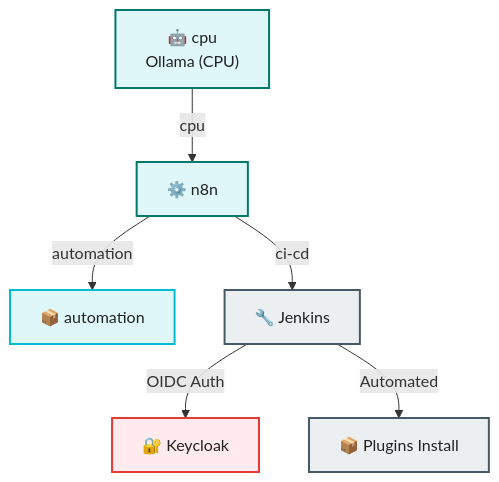
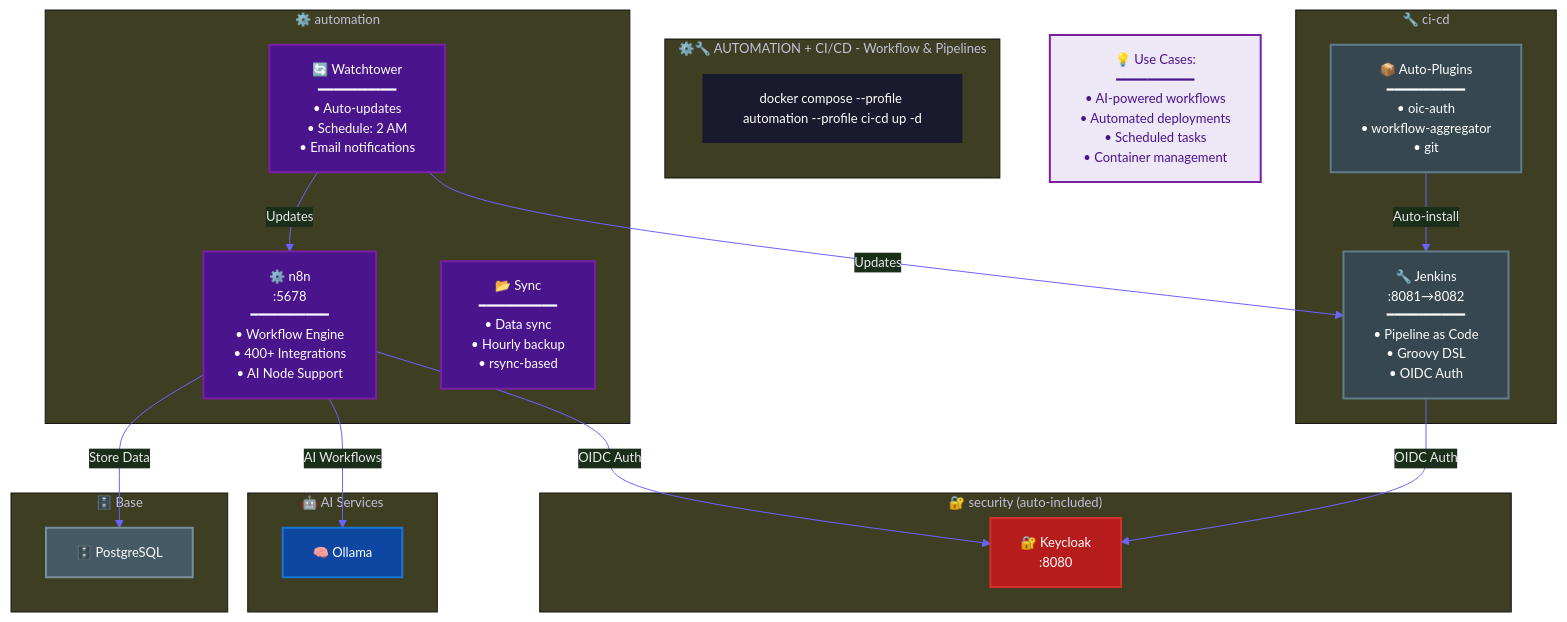
Before and after one commit to emujicad/my-selfhosted-ai-kit: the diagram in diagrams_mmd/automation_cicd_stack.mmd, drawn with Mermaid. The commit also changed 23 other files, not shown here.

First line of the commit message:
docs(diagrams): regenerate PNGs with documented parameters and improve instructions

```diff
--- a/diagrams_mmd/automation_cicd_stack.mmd
+++ b/diagrams_mmd/automation_cicd_stack.mmd
@@ -1,18 +1,60 @@
-flowchart TD
-    CPU["🤖 cpu\nOllama (CPU)"] -- cpu --> N8N["⚙️ n8n"]
-    N8N -- automation --> AUTO["📦 automation"]
-    N8N -- ci-cd --> CICD["🔧 Jenkins"]
-    CICD -- "OIDC Auth" --> KC["🔐 Keycloak"]
-    CICD -- "Automated" --> PLUG["📦 Plugins Install"]
+%%{init: {'theme':'base', 'themeVariables': { 'primaryColor':'#1a1a2e', 'primaryTextColor':'#eaeaea', 'primaryBorderColor':'#4a4a6a', 'lineColor':'#6c63ff', 'fontSize':'13px', 'fontFamily':'Inter, Segoe UI, sans-serif'}}}%%
+graph TB
+    subgraph TITLE ["⚙️🔧 AUTOMATION + CI/CD - Workflow & Pipelines"]
+        direction LR
+        CMD["docker compose --profile automation --profile ci-cd up -d"]
+    end
     
-    classDef ia fill:#e0f7fa,stroke:#00796b,stroke-width:2px,color:#222;
-    classDef automation fill:#e0f7fa,stroke:#00bcd4,stroke-width:2px,color:#222;
-    classDef cicd fill:#eceff1,stroke:#455a64,stroke-width:2px,color:#222;
-    classDef security fill:#ffebee,stroke:#e53935,stroke-width:2px,color:#222;
+    subgraph AUTOMATION ["⚙️ automation"]
+        N8N["⚙️ n8n<br/>:5678<br/>━━━━━━━━━━<br/>• Workflow Engine<br/>• 400+ Integrations<br/>• AI Node Support"]
+        WATCH["🔄 Watchtower<br/>━━━━━━━━━━<br/>• Auto-updates<br/>• Schedule: 2 AM<br/>• Email notifications"]
+        SYNC["📂 Sync<br/>━━━━━━━━━━<br/>• Data sync<br/>• Hourly backup<br/>• rsync-based"]
+    end
     
-    class CPU ia;
-    class N8N ia;
-    class AUTO automation;
-    class CICD cicd;
-    class KC security;
-    class PLUG cicd; 
+    subgraph CICD ["🔧 ci-cd"]
+        JENKINS["🔧 Jenkins<br/>:8081→8082<br/>━━━━━━━━━━<br/>• Pipeline as Code<br/>• Groovy DSL<br/>• OIDC Auth"]
+        PLUGINS["📦 Auto-Plugins<br/>━━━━━━━━━━<br/>• oic-auth<br/>• workflow-aggregator<br/>• git"]
+    end
+    
+    subgraph SECURITY ["🔐 security (auto-included)"]
+        KC["🔐 Keycloak<br/>:8080"]
+    end
+    
+    subgraph AI ["🤖 AI Services"]
+        OLLAMA["🧠 Ollama"]
+    end
+    
+    subgraph BASE ["🗄️ Base"]
+        PG["🗄️ PostgreSQL"]
+    end
+    
+    %% Connections
+    N8N -->|"AI Workflows"| OLLAMA
+    N8N -->|"OIDC Auth"| KC
+    N8N -->|"Store Data"| PG
+    
+    JENKINS -->|"OIDC Auth"| KC
+    PLUGINS -->|"Auto-install"| JENKINS
+    
+    WATCH -->|"Updates"| N8N
+    WATCH -->|"Updates"| JENKINS
+    
+    %% Use cases
+    UC["💡 Use Cases:<br/>━━━━━━━━━━<br/>• AI-powered workflows<br/>• Automated deployments<br/>• Scheduled tasks<br/>• Container management"]
+    
+    %% Styling
+    classDef title fill:#1a1a2e,stroke:#6c63ff,stroke-width:0px,color:#fff
+    classDef automation fill:#4a148c,stroke:#7b1fa2,stroke-width:2px,color:#fff
+    classDef cicd fill:#37474f,stroke:#607d8b,stroke-width:2px,color:#fff
+    classDef security fill:#b71c1c,stroke:#d32f2f,stroke-width:2px,color:#fff
+    classDef ai fill:#0d47a1,stroke:#1976d2,stroke-width:2px,color:#fff
+    classDef base fill:#455a64,stroke:#78909c,stroke-width:2px,color:#fff
+    classDef note fill:#ede7f6,stroke:#7b1fa2,stroke-width:2px,color:#4a148c
+    
+    class CMD title
+    class N8N,WATCH,SYNC automation
+    class JENKINS,PLUGINS cicd
+    class KC security
+    class OLLAMA ai
+    class PG base
+    class UC note
```
